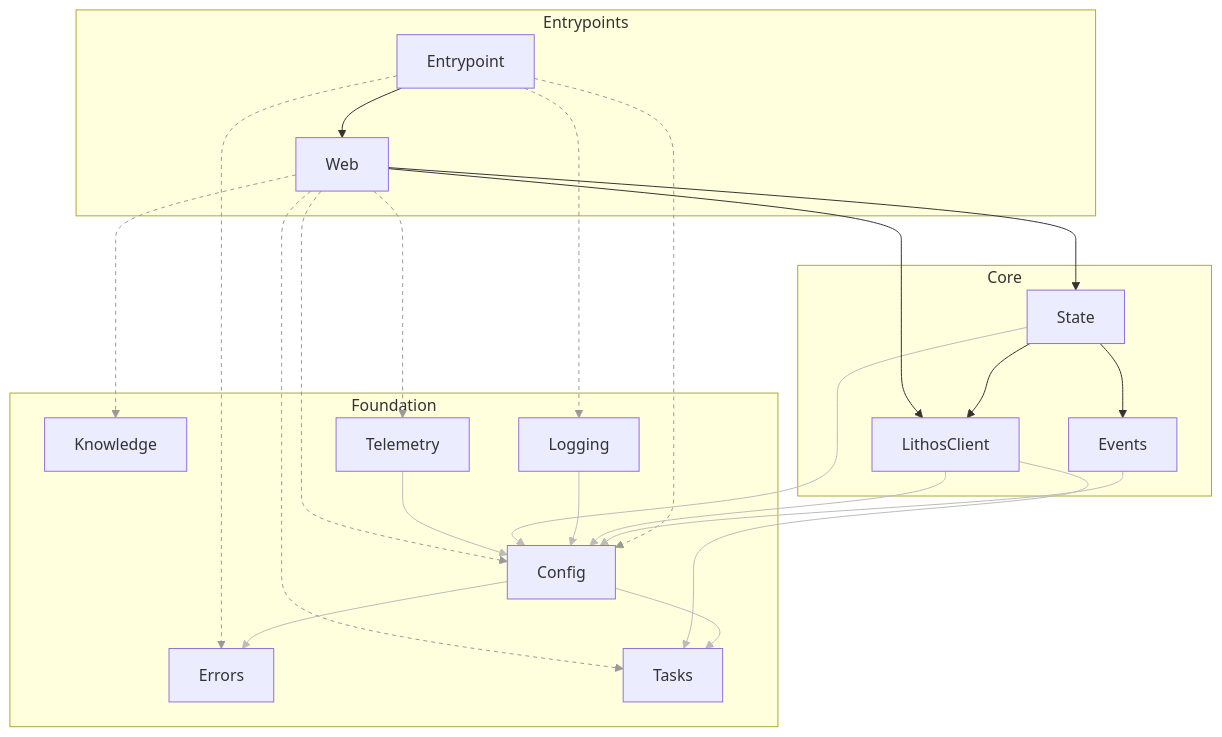
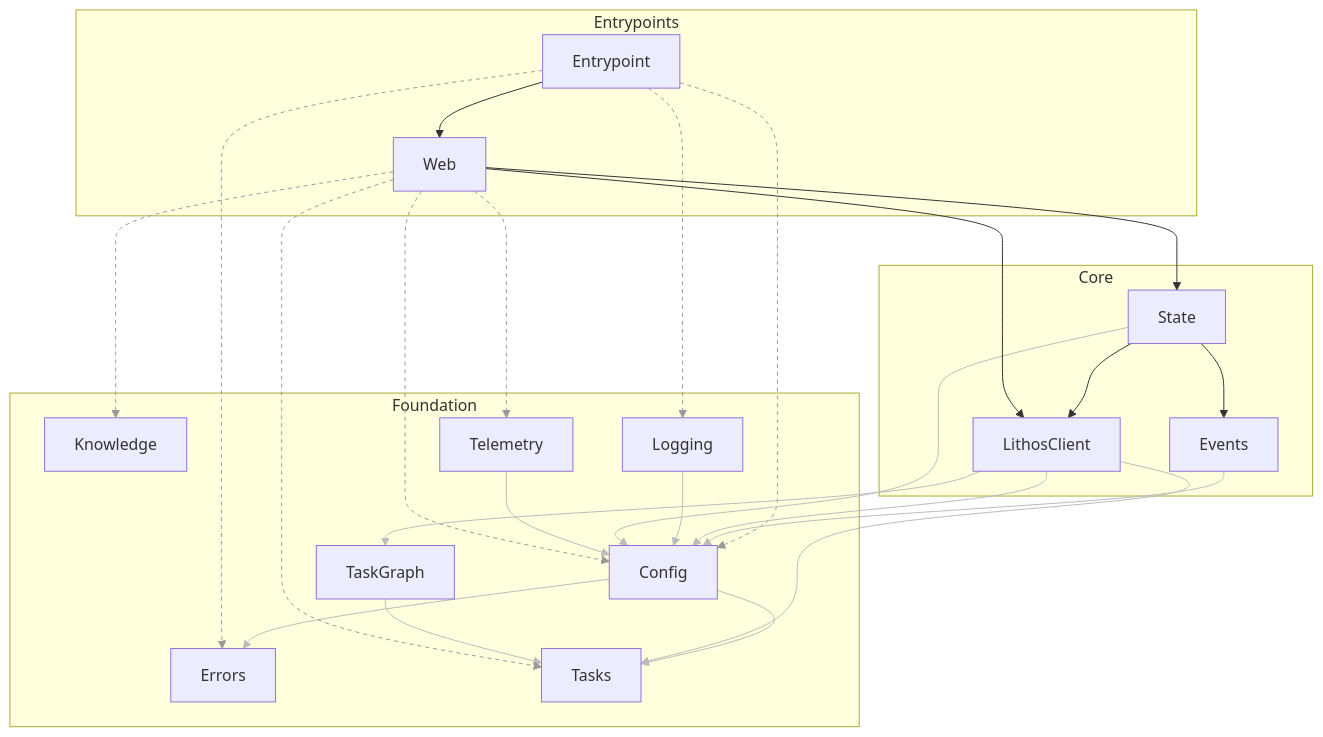
The diagram in docs/generated/architecture.md (agent-lore/lithos-lens), drawn with Mermaid before and after one commit. The commit also changed 15 other files, not shown here.

First line of the commit message:
T1-S1: Lithos client graph reads + data model (#23)

````diff
--- a/docs/generated/architecture.md
+++ b/docs/generated/architecture.md
@@ -6,66 +6,72 @@
 ```mermaid
 graph TD
   subgraph tier_Entrypoints["Entrypoints"]
     Entrypoint
     Web
   end
   subgraph tier_Core["Core"]
     Events
     LithosClient
     State
   end
   subgraph tier_Foundation["Foundation"]
     Config
     Errors
     Knowledge
     Logging
+    TaskGraph
     Tasks
     Telemetry
   end
   click Config "components/Config.md"
   click Entrypoint "components/Entrypoint.md"
   click Errors "components/Errors.md"
   click Events "components/Events.md"
   click Knowledge "components/Knowledge.md"
   click LithosClient "components/LithosClient.md"
   click Logging "components/Logging.md"
   click State "components/State.md"
+  click TaskGraph "components/TaskGraph.md"
   click Tasks "components/Tasks.md"
   click Telemetry "components/Telemetry.md"
   click Web "components/Web.md"
   Config --> Errors
   Config --> Tasks
   Entrypoint --> Config
   Entrypoint --> Errors
   Entrypoint --> Logging
   Entrypoint --> Web
   Events --> Config
   LithosClient --> Config
+  LithosClient --> TaskGraph
   LithosClient --> Tasks
   Logging --> Config
   State --> Config
   State --> Events
   State --> LithosClient
+  TaskGraph --> Tasks
   Telemetry --> Config
   Web --> Config
   Web --> Knowledge
   Web --> LithosClient
   Web --> State
   Web --> Tasks
   Web --> Telemetry
   linkStyle 0 stroke:#bbb
   linkStyle 1 stroke:#bbb
   linkStyle 2 stroke:#999,stroke-dasharray:4
   linkStyle 3 stroke:#999,stroke-dasharray:4
   linkStyle 4 stroke:#999,stroke-dasharray:4
   linkStyle 6 stroke:#bbb
   linkStyle 7 stroke:#bbb
   linkStyle 8 stroke:#bbb
   linkStyle 9 stroke:#bbb
   linkStyle 10 stroke:#bbb
-  linkStyle 13 stroke:#bbb
-  linkStyle 14 stroke:#999,stroke-dasharray:4
-  linkStyle 15 stroke:#999,stroke-dasharray:4
-  linkStyle 18 stroke:#999,stroke-dasharray:4
-  linkStyle 19 stroke:#999,stroke-dasharray:4
+  linkStyle 11 stroke:#bbb
+  linkStyle 14 stroke:#bbb
+  linkStyle 15 stroke:#bbb
+  linkStyle 16 stroke:#999,stroke-dasharray:4
+  linkStyle 17 stroke:#999,stroke-dasharray:4
+  linkStyle 20 stroke:#999,stroke-dasharray:4
+  linkStyle 21 stroke:#999,stroke-dasharray:4
 ```
````
